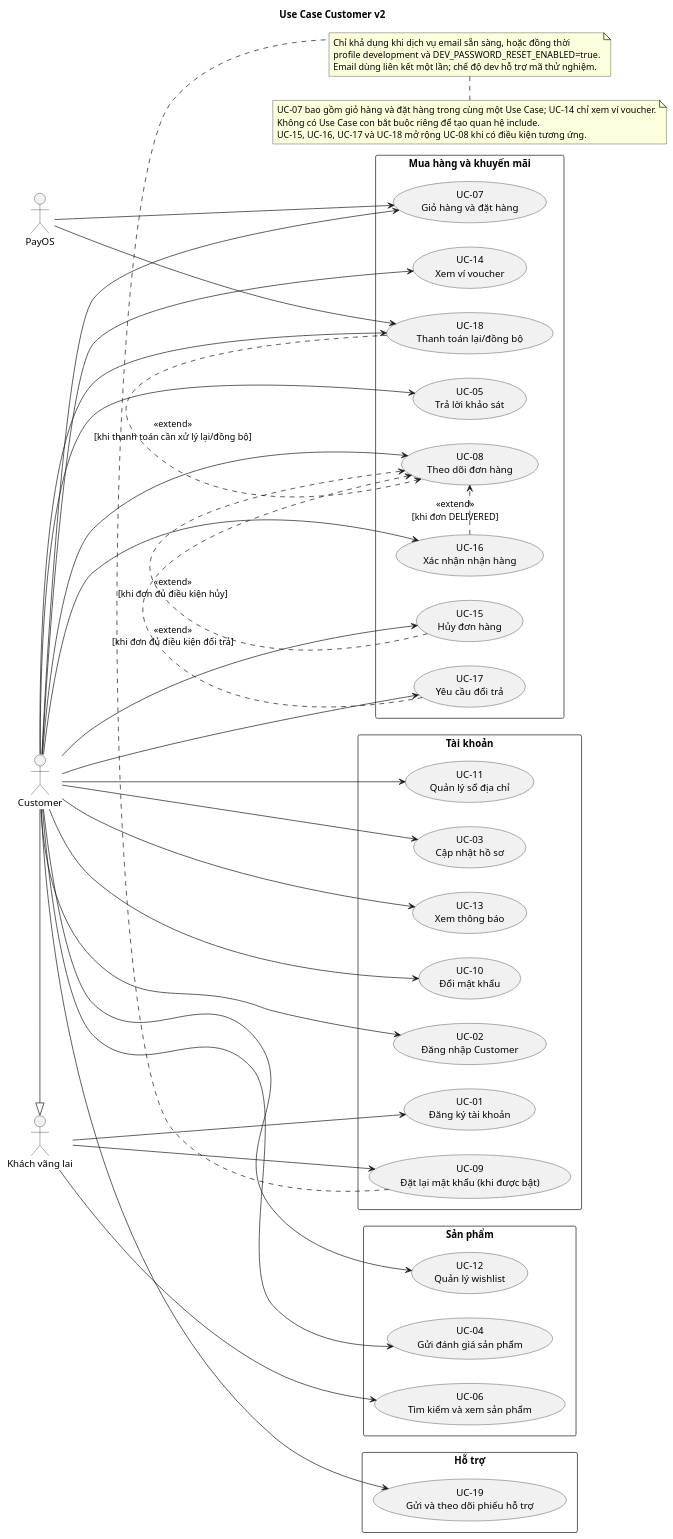
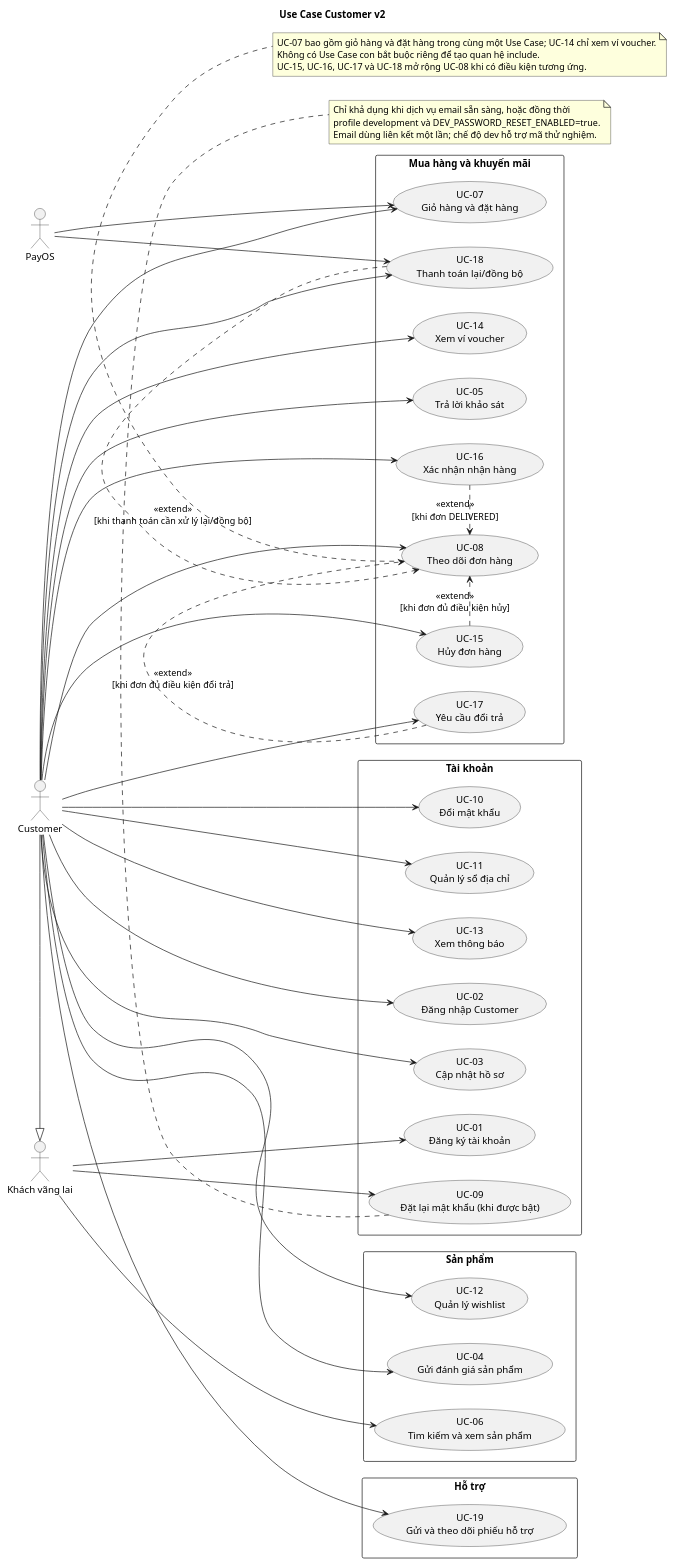
Before and after one commit to duygri/do-an-htttdn-crm: the diagram in docs/use-cases/use-case-diagrams-v2.puml, drawn with PlantUML. The commit also changed 20 other files, not shown here.

Commit message:
docs: correct CRM workflow diagrams and clarify PayOS auto-cancellation behavior

```diff
--- a/docs/use-cases/use-case-diagrams-v2.puml
+++ b/docs/use-cases/use-case-diagrams-v2.puml
@@ -1,73 +1,73 @@
 @startuml
 title Use Case Customer v2
 left to right direction
 skinparam packageStyle rectangle
 skinparam shadowing false
 actor "Khách vãng lai" as Guest
 actor Customer
 actor PayOS
 Customer -|> Guest
 
 package "Tài khoản" {
   usecase "UC-01\nĐăng ký tài khoản" as C01
   usecase "UC-02\nĐăng nhập Customer" as C02
   usecase "UC-03\nCập nhật hồ sơ" as C03
   usecase "UC-09\nĐặt lại mật khẩu (khi được bật)" as C09
   usecase "UC-10\nĐổi mật khẩu" as C10
   usecase "UC-11\nQuản lý sổ địa chỉ" as C11
   usecase "UC-13\nXem thông báo" as C13
 }
 package "Sản phẩm" {
   usecase "UC-06\nTìm kiếm và xem sản phẩm" as C06
   usecase "UC-04\nGửi đánh giá sản phẩm" as C04
   usecase "UC-12\nQuản lý wishlist" as C12
 }
 package "Mua hàng và khuyến mãi" {
   usecase "UC-07\nGiỏ hàng và đặt hàng" as C07
   usecase "UC-08\nTheo dõi đơn hàng" as C08
   usecase "UC-15\nHủy đơn hàng" as C15
   usecase "UC-16\nXác nhận nhận hàng" as C16
   usecase "UC-17\nYêu cầu đổi trả" as C17
   usecase "UC-18\nThanh toán lại/đồng bộ" as C18
   usecase "UC-14\nXem ví voucher" as C14
   usecase "UC-05\nTrả lời khảo sát" as C05
 }
 package "Hỗ trợ" {
   usecase "UC-19\nGửi và theo dõi phiếu hỗ trợ" as C19
 }
 Guest --> C06
 Guest --> C01
 Customer --> C02
 Customer --> C03
 Customer --> C04
 Customer --> C05
 Customer --> C07
 Customer --> C08
 Guest --> C09
 Customer --> C10
 Customer --> C11
 Customer --> C12
 Customer --> C13
 Customer --> C14
 Customer --> C15
 Customer --> C16
 Customer --> C17
 Customer --> C18
 Customer --> C19
 PayOS --> C07
 PayOS --> C18
 C16 .> C08 : <<extend>>\n[khi đơn DELIVERED]
 C15 .> C08 : <<extend>>\n[khi đơn đủ điều kiện hủy]
 C17 .> C08 : <<extend>>\n[khi đơn đủ điều kiện đổi trả]
 C18 .> C08 : <<extend>>\n[khi thanh toán cần xử lý lại/đồng bộ]
 note bottom of C09
 Chỉ khả dụng khi dịch vụ email sẵn sàng, hoặc đồng thời
 profile development và DEV_PASSWORD_RESET_ENABLED=true.
 Email dùng liên kết một lần; chế độ dev hỗ trợ mã thử nghiệm.
 end note
-note bottom
+note bottom of C08
 UC-07 bao gồm giỏ hàng và đặt hàng trong cùng một Use Case; UC-14 chỉ xem ví voucher.
 Không có Use Case con bắt buộc riêng để tạo quan hệ include.
 UC-15, UC-16, UC-17 và UC-18 mở rộng UC-08 khi có điều kiện tương ứng.
 end note
 @enduml
```
